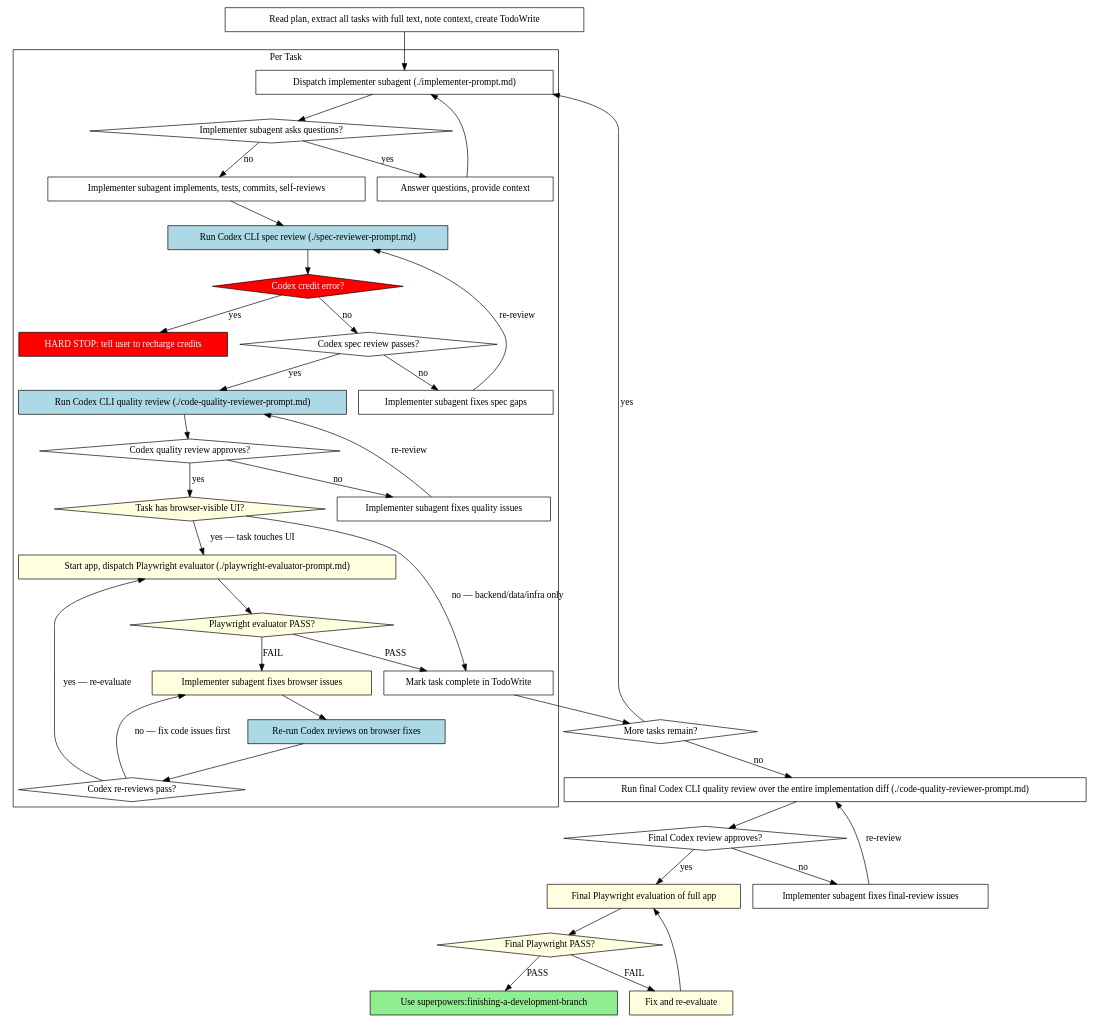
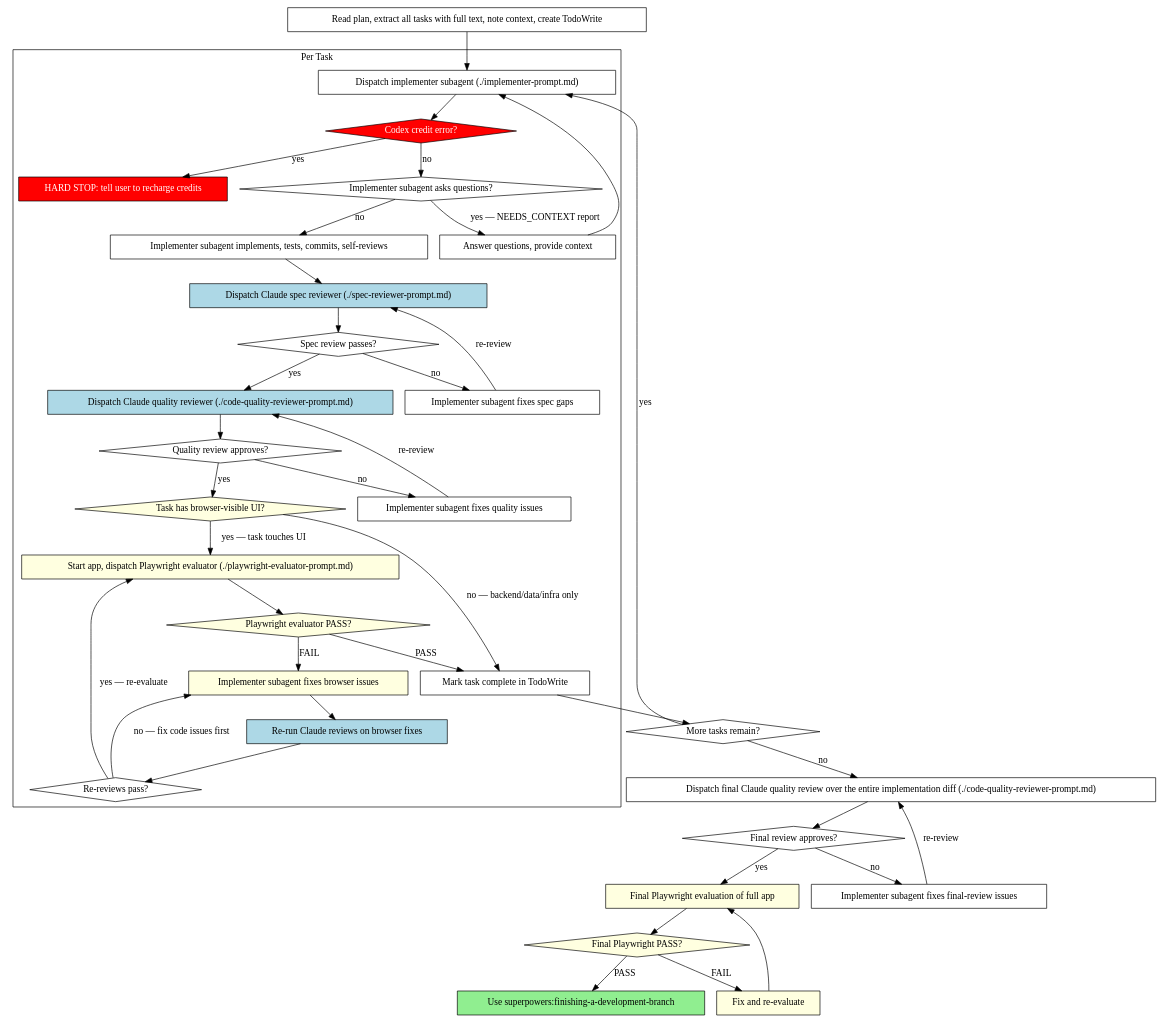
Before and after one commit to cateyelow/superpowers-custom: the second of 2 diagrams in skills/subagent-driven-development/SKILL.md, drawn with Graphviz. The commit also changed other lines of this file and 3 other files, not shown here.

First line of the commit message:
SDD: flip Generator/Evaluator — codex-worker (GPT) implements, Claude reviews

````diff
--- a/skills/subagent-driven-development/SKILL.md
+++ b/skills/subagent-driven-development/SKILL.md
@@ -81,75 +70,75 @@
 ```dot
 digraph process {
     rankdir=TB;
 
     subgraph cluster_per_task {
         label="Per Task";
         "Dispatch implementer subagent (./implementer-prompt.md)" [shape=box];
         "Implementer subagent asks questions?" [shape=diamond];
         "Answer questions, provide context" [shape=box];
         "Implementer subagent implements, tests, commits, self-reviews" [shape=box];
-        "Run Codex CLI spec review (./spec-reviewer-prompt.md)" [shape=box style=filled fillcolor=lightblue];
-        "Codex spec review passes?" [shape=diamond];
+        "Dispatch Claude spec reviewer (./spec-reviewer-prompt.md)" [shape=box style=filled fillcolor=lightblue];
+        "Spec review passes?" [shape=diamond];
         "Codex credit error?" [shape=diamond style=filled fillcolor=red fontcolor=white];
         "HARD STOP: tell user to recharge credits" [shape=box style=filled fillcolor=red fontcolor=white];
         "Implementer subagent fixes spec gaps" [shape=box];
-        "Run Codex CLI quality review (./code-quality-reviewer-prompt.md)" [shape=box style=filled fillcolor=lightblue];
-        "Codex quality review approves?" [shape=diamond];
+        "Dispatch Claude quality reviewer (./code-quality-reviewer-prompt.md)" [shape=box style=filled fillcolor=lightblue];
+        "Quality review approves?" [shape=diamond];
         "Implementer subagent fixes quality issues" [shape=box];
         "Task has browser-visible UI?" [shape=diamond style=filled fillcolor=lightyellow];
         "Start app, dispatch Playwright evaluator (./playwright-evaluator-prompt.md)" [shape=box style=filled fillcolor=lightyellow];
         "Playwright evaluator PASS?" [shape=diamond style=filled fillcolor=lightyellow];
         "Implementer subagent fixes browser issues" [shape=box style=filled fillcolor=lightyellow];
-        "Re-run Codex reviews on browser fixes" [shape=box style=filled fillcolor=lightblue];
-        "Codex re-reviews pass?" [shape=diamond];
+        "Re-run Claude reviews on browser fixes" [shape=box style=filled fillcolor=lightblue];
+        "Re-reviews pass?" [shape=diamond];
         "Mark task complete in TodoWrite" [shape=box];
     }
 
     "Read plan, extract all tasks with full text, note context, create TodoWrite" [shape=box];
     "More tasks remain?" [shape=diamond];
-    "Run final Codex CLI quality review over the entire implementation diff (./code-quality-reviewer-prompt.md)" [shape=box];
-    "Final Codex review approves?" [shape=diamond];
+    "Dispatch final Claude quality review over the entire implementation diff (./code-quality-reviewer-prompt.md)" [shape=box];
+    "Final review approves?" [shape=diamond];
     "Implementer subagent fixes final-review issues" [shape=box];
     "Final Playwright evaluation of full app" [shape=box style=filled fillcolor=lightyellow];
     "Final Playwright PASS?" [shape=diamond style=filled fillcolor=lightyellow];
     "Fix and re-evaluate" [shape=box style=filled fillcolor=lightyellow];
     "Use superpowers:finishing-a-development-branch" [shape=box style=filled fillcolor=lightgreen];
 
     "Read plan, extract all tasks with full text, note context, create TodoWrite" -> "Dispatch implementer subagent (./implementer-prompt.md)";
-    "Dispatch implementer subagent (./implementer-prompt.md)" -> "Implementer subagent asks questions?";
-    "Implementer subagent asks questions?" -> "Answer questions, provide context" [label="yes"];
+    "Dispatch implementer subagent (./implementer-prompt.md)" -> "Codex credit error?";
+    "Codex credit error?" -> "HARD STOP: tell user to recharge credits" [label="yes"];
+    "Codex credit error?" -> "Implementer subagent asks questions?" [label="no"];
+    "Implementer subagent asks questions?" -> "Answer questions, provide context" [label="yes — NEEDS_CONTEXT report"];
     "Answer questions, provide context" -> "Dispatch implementer subagent (./implementer-prompt.md)";
     "Implementer subagent asks questions?" -> "Implementer subagent implements, tests, commits, self-reviews" [label="no"];
-    "Implementer subagent implements, tests, commits, self-reviews" -> "Run Codex CLI spec review (./spec-reviewer-prompt.md)";
-    "Run Codex CLI spec review (./spec-reviewer-prompt.md)" -> "Codex credit error?";
-    "Codex credit error?" -> "HARD STOP: tell user to recharge credits" [label="yes"];
-    "Codex credit error?" -> "Codex spec review passes?" [label="no"];
-    "Codex spec review passes?" -> "Implementer subagent fixes spec gaps" [label="no"];
-    "Implementer subagent fixes spec gaps" -> "Run Codex CLI spec review (./spec-reviewer-prompt.md)" [label="re-review"];
-    "Codex spec review passes?" -> "Run Codex CLI quality review (./code-quality-reviewer-prompt.md)" [label="yes"];
-    "Run Codex CLI quality review (./code-quality-reviewer-prompt.md)" -> "Codex quality review approves?";
-    "Codex quality review approves?" -> "Implementer subagent fixes quality issues" [label="no"];
-    "Implementer subagent fixes quality issues" -> "Run Codex CLI quality review (./code-quality-reviewer-prompt.md)" [label="re-review"];
-    "Codex quality review approves?" -> "Task has browser-visible UI?" [label="yes"];
+    "Implementer subagent implements, tests, commits, self-reviews" -> "Dispatch Claude spec reviewer (./spec-reviewer-prompt.md)";
+    "Dispatch Claude spec reviewer (./spec-reviewer-prompt.md)" -> "Spec review passes?";
+    "Spec review passes?" -> "Implementer subagent fixes spec gaps" [label="no"];
+    "Implementer subagent fixes spec gaps" -> "Dispatch Claude spec reviewer (./spec-reviewer-prompt.md)" [label="re-review"];
+    "Spec review passes?" -> "Dispatch Claude quality reviewer (./code-quality-reviewer-prompt.md)" [label="yes"];
+    "Dispatch Claude quality reviewer (./code-quality-reviewer-prompt.md)" -> "Quality review approves?";
+    "Quality review approves?" -> "Implementer subagent fixes quality issues" [label="no"];
+    "Implementer subagent fixes quality issues" -> "Dispatch Claude quality reviewer (./code-quality-reviewer-prompt.md)" [label="re-review"];
+    "Quality review approves?" -> "Task has browser-visible UI?" [label="yes"];
     "Task has browser-visible UI?" -> "Start app, dispatch Playwright evaluator (./playwright-evaluator-prompt.md)" [label="yes — task touches UI"];
     "Task has browser-visible UI?" -> "Mark task complete in TodoWrite" [label="no — backend/data/infra only"];
     "Start app, dispatch Playwright evaluator (./playwright-evaluator-prompt.md)" -> "Playwright evaluator PASS?";
     "Playwright evaluator PASS?" -> "Mark task complete in TodoWrite" [label="PASS"];
     "Playwright evaluator PASS?" -> "Implementer subagent fixes browser issues" [label="FAIL"];
-    "Implementer subagent fixes browser issues" -> "Re-run Codex reviews on browser fixes";
-    "Re-run Codex reviews on browser fixes" -> "Codex re-reviews pass?";
-    "Codex re-reviews pass?" -> "Start app, dispatch Playwright evaluator (./playwright-evaluator-prompt.md)" [label="yes — re-evaluate"];
-    "Codex re-reviews pass?" -> "Implementer subagent fixes browser issues" [label="no — fix code issues first"];
+    "Implementer subagent fixes browser issues" -> "Re-run Claude reviews on browser fixes";
+    "Re-run Claude reviews on browser fixes" -> "Re-reviews pass?";
+    "Re-reviews pass?" -> "Start app, dispatch Playwright evaluator (./playwright-evaluator-prompt.md)" [label="yes — re-evaluate"];
+    "Re-reviews pass?" -> "Implementer subagent fixes browser issues" [label="no — fix code issues first"];
     "Mark task complete in TodoWrite" -> "More tasks remain?";
     "More tasks remain?" -> "Dispatch implementer subagent (./implementer-prompt.md)" [label="yes"];
-    "More tasks remain?" -> "Run final Codex CLI quality review over the entire implementation diff (./code-quality-reviewer-prompt.md)" [label="no"];
-    "Run final Codex CLI quality review over the entire implementation diff (./code-quality-reviewer-prompt.md)" -> "Final Codex review approves?";
-    "Final Codex review approves?" -> "Final Playwright evaluation of full app" [label="yes"];
-    "Final Codex review approves?" -> "Implementer subagent fixes final-review issues" [label="no"];
-    "Implementer subagent fixes final-review issues" -> "Run final Codex CLI quality review over the entire implementation diff (./code-quality-reviewer-prompt.md)" [label="re-review"];
+    "More tasks remain?" -> "Dispatch final Claude quality review over the entire implementation diff (./code-quality-reviewer-prompt.md)" [label="no"];
+    "Dispatch final Claude quality review over the entire implementation diff (./code-quality-reviewer-prompt.md)" -> "Final review approves?";
+    "Final review approves?" -> "Final Playwright evaluation of full app" [label="yes"];
+    "Final review approves?" -> "Implementer subagent fixes final-review issues" [label="no"];
+    "Implementer subagent fixes final-review issues" -> "Dispatch final Claude quality review over the entire implementation diff (./code-quality-reviewer-prompt.md)" [label="re-review"];
     "Final Playwright evaluation of full app" -> "Final Playwright PASS?";
     "Final Playwright PASS?" -> "Use superpowers:finishing-a-development-branch" [label="PASS"];
     "Final Playwright PASS?" -> "Fix and re-evaluate" [label="FAIL"];
     "Fix and re-evaluate" -> "Final Playwright evaluation of full app";
 }
 ```
````
